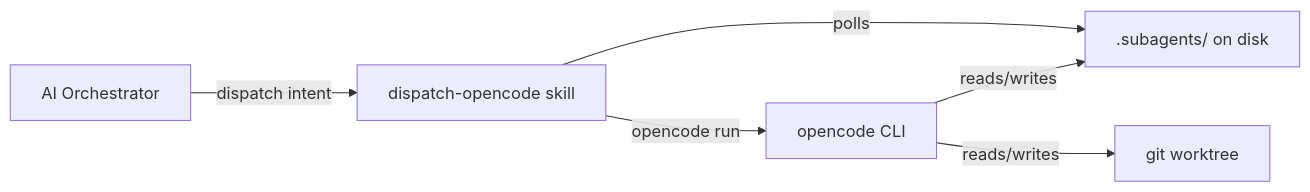
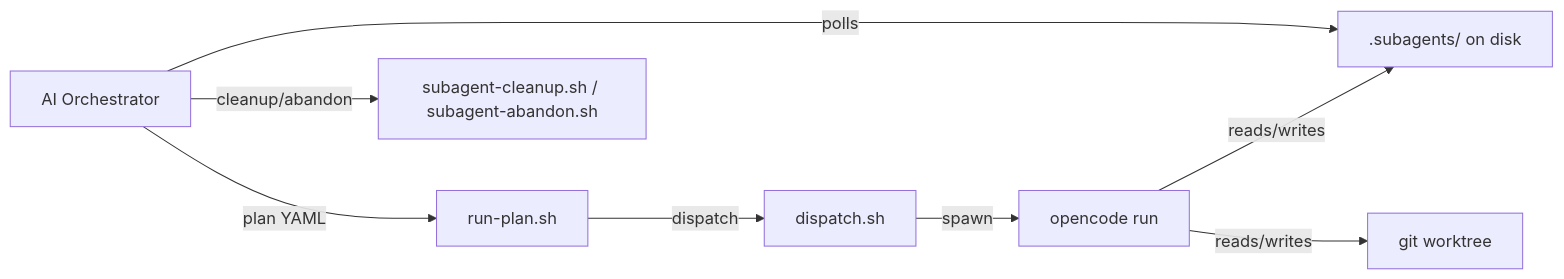
Before and after one commit to cristoslc/dispatch-opencode-skill: the diagram in ARCHITECTURE.md, drawn with Mermaid. The commit also changed other lines of this file and 7 other files, not shown here.

First line of the commit message:
fix: remove runtime adapters, update docs for v2 architecture

````diff
--- a/ARCHITECTURE.md
+++ b/ARCHITECTURE.md
@@ -7,8 +11,10 @@
 ```mermaid
 graph LR
-    O[AI Orchestrator] -->|dispatch intent| S[dispatch-opencode skill]
-    S -->|opencode run| OC[opencode CLI]
+    O[AI Orchestrator] -->|plan YAML| RP[run-plan.sh]
+    RP -->|dispatch| DS[dispatch.sh]
+    DS -->|spawn| OC[opencode run]
     OC -->|reads/writes| FS[.subagents/ on disk]
     OC -->|reads/writes| WT[git worktree]
-    S -->|polls| FS
+    O -->|polls| FS
+    O -->|cleanup/abandon| CL[subagent-cleanup.sh / subagent-abandon.sh]
 ```
````
